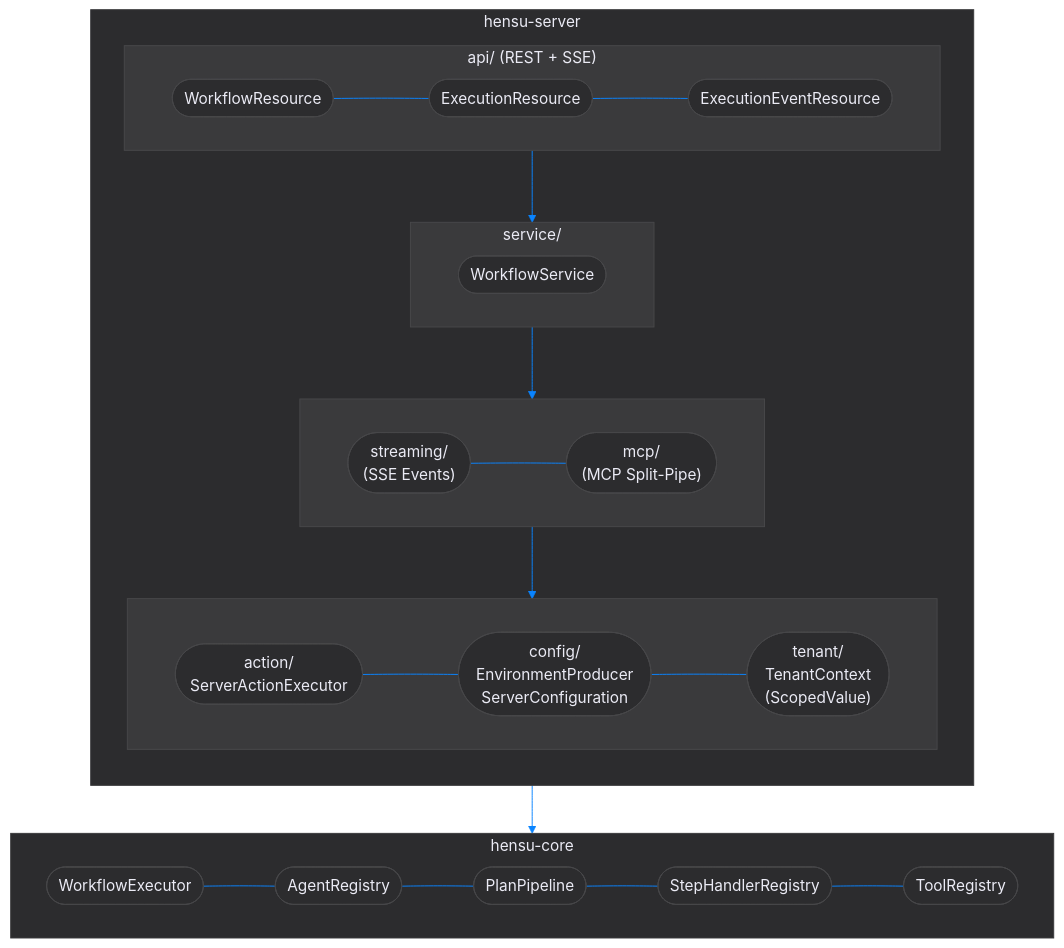
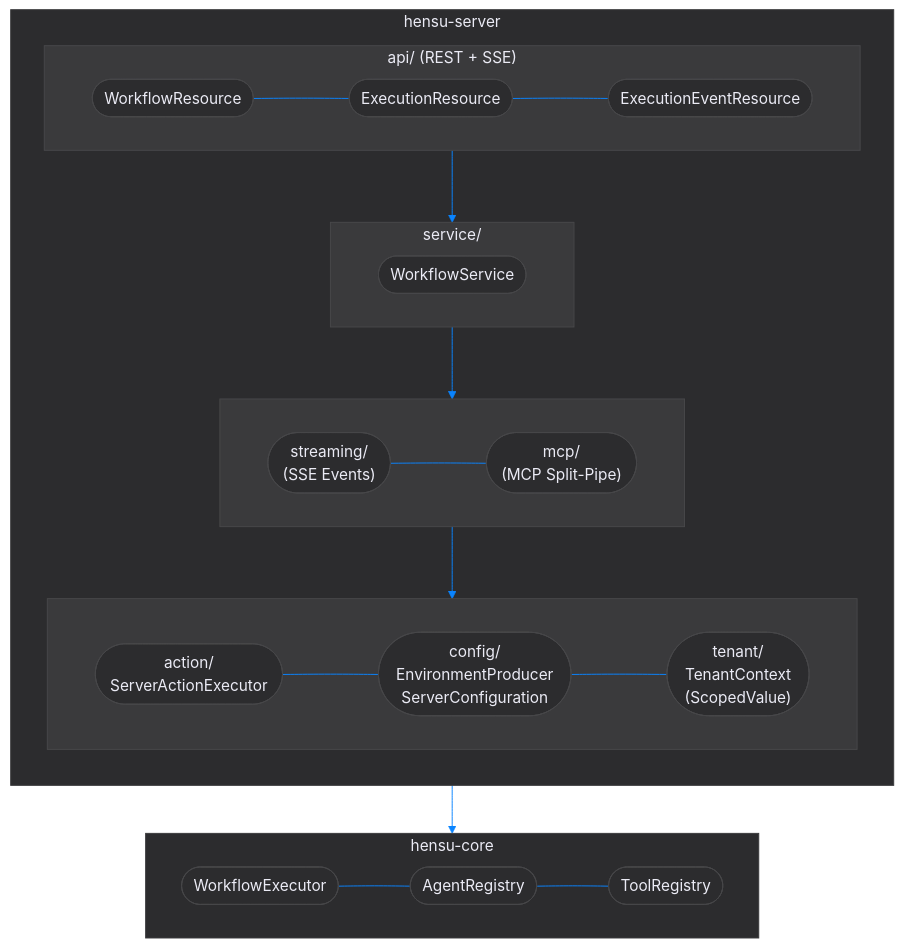
The diagram in docs/developer-guide-server.md (hensu-project/hensu), drawn with Mermaid before and after one commit. The commit also changed other lines of this file and 122 other files, not shown here.

````diff
--- a/docs/developer-guide-server.md
+++ b/docs/developer-guide-server.md
@@ -34,58 +34,56 @@
 ```mermaid
 flowchart TD
     subgraph server["hensu-server"]
         direction TB
         subgraph api["api/ (REST + SSE)"]
             direction LR
             wr(["WorkflowResource"]) ~~~ er(["ExecutionResource"]) ~~~ eer(["ExecutionEventResource"])
         end
 
         subgraph svc["service/"]
             direction LR
             ws(["WorkflowService"])
         end
 
         subgraph mid["‍"]
             direction LR
             streaming(["streaming/\n(SSE Events)"]) ~~~ mcp(["mcp/\n(MCP Split-Pipe)"])
         end
 
         subgraph infra["‍"]
             direction LR
             action(["action/\nServerActionExecutor"]) ~~~ config(["config/\nEnvironmentProducer\nServerConfiguration"]) ~~~ tenant(["tenant/\nTenantContext\n(ScopedValue)"])
         end
 
         api --> svc --> mid --> infra
     end
 
     subgraph core["hensu-core"]
         direction LR
-        we(["WorkflowExecutor"]) ~~~ ar(["AgentRegistry"]) ~~~ pp(["PlanPipeline"]) ~~~ shr(["StepHandlerRegistry"]) ~~~ tr(["ToolRegistry"])
+        we(["WorkflowExecutor"]) ~~~ ar(["AgentRegistry"]) ~~~ tr(["ToolRegistry"])
     end
 
     server --> core
 
     style server fill:#2c2c2e, stroke:#3a3a3c, color:#ebebf5, stroke-width:1px
     style api fill:#3a3a3c, stroke:#48484a, color:#ebebf5, stroke-width:1px
     style svc fill:#3a3a3c, stroke:#48484a, color:#ebebf5, stroke-width:1px
     style mid fill:#3a3a3c, stroke:#48484a, color:#ebebf5, stroke-width:1px
     style infra fill:#3a3a3c, stroke:#48484a, color:#ebebf5, stroke-width:1px
     style core fill:#2c2c2e, stroke:#3a3a3c, color:#ebebf5, stroke-width:1px
 
     style wr fill:#2c2c2e, stroke:#48484a, color:#ebebf5, stroke-width:1px
     style er fill:#2c2c2e, stroke:#48484a, color:#ebebf5, stroke-width:1px
     style eer fill:#2c2c2e, stroke:#48484a, color:#ebebf5, stroke-width:1px
     style ws fill:#2c2c2e, stroke:#48484a, color:#ebebf5, stroke-width:1px
     style streaming fill:#2c2c2e, stroke:#48484a, color:#ebebf5, stroke-width:1px
     style mcp fill:#2c2c2e, stroke:#48484a, color:#ebebf5, stroke-width:1px
     style action fill:#2c2c2e, stroke:#48484a, color:#ebebf5, stroke-width:1px
     style config fill:#2c2c2e, stroke:#48484a, color:#ebebf5, stroke-width:1px
     style tenant fill:#2c2c2e, stroke:#48484a, color:#ebebf5, stroke-width:1px
     style we fill:#2c2c2e, stroke:#48484a, color:#ebebf5, stroke-width:1px
     style ar fill:#2c2c2e, stroke:#48484a, color:#ebebf5, stroke-width:1px
-    style pp fill:#2c2c2e, stroke:#48484a, color:#ebebf5, stroke-width:1px
-    style shr fill:#2c2c2e, stroke:#48484a, color:#ebebf5, stroke-width:1px
     style tr fill:#2c2c2e, stroke:#48484a, color:#ebebf5, stroke-width:1px
 
     linkStyle default stroke:#0A84FF, stroke-width:1px
 ```
````
